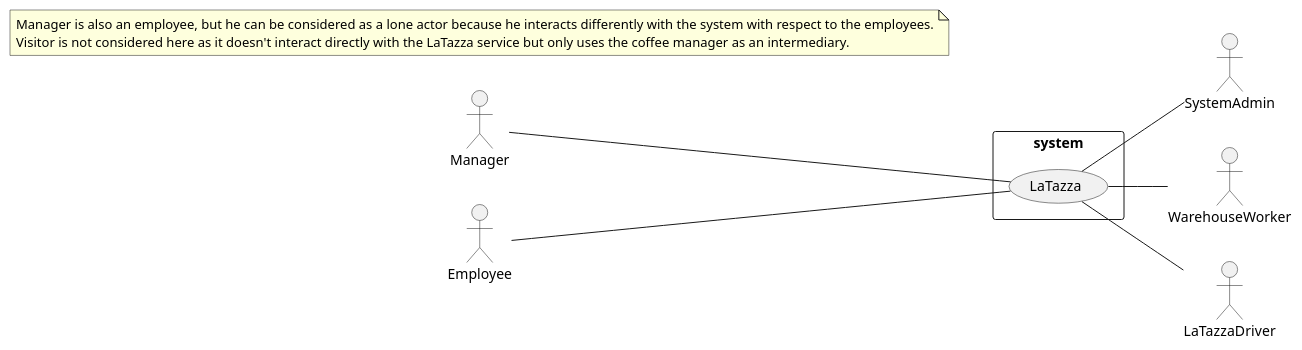
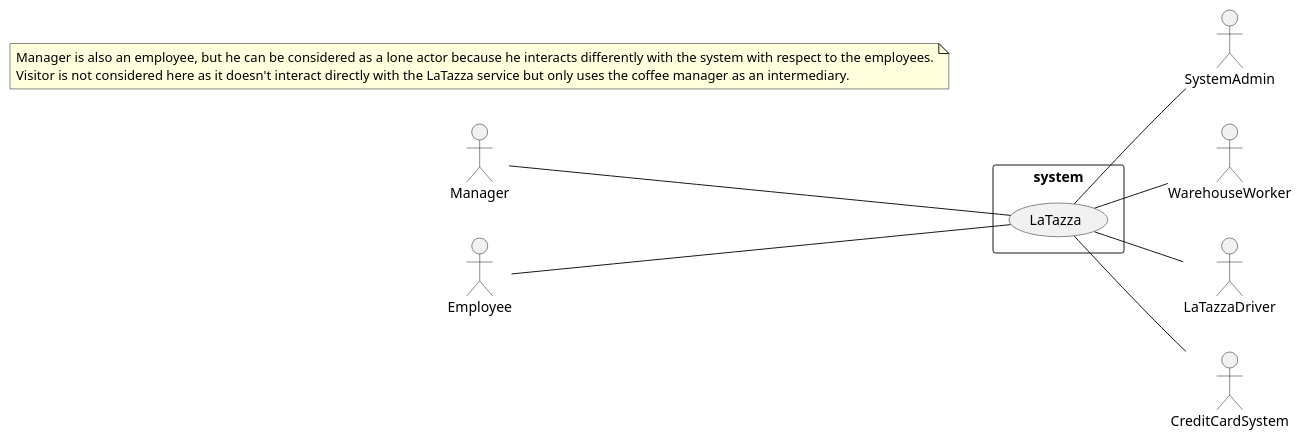
Before and after one commit to salvatore-dimartino/LaTazza: the first of 4 diagrams in templates/RequirementsTemplate.md, drawn with PlantUML. The commit also changed other lines of this file, not shown here.

````diff
--- a/templates/RequirementsTemplate.md
+++ b/templates/RequirementsTemplate.md
@@ -42,29 +43,31 @@
 ```plantuml
 @startuml
 
 left to right direction
 
 skinparam packageStyle rectangle
 
 actor Manager as m
 actor Employee as e
 actor SystemAdmin as sa
 actor WarehouseWorker as ww
 actor LaTazzaDriver as ld
+actor CreditCardSystem as cc
 
 rectangle system {
 
 	(LaTazza) as l
 
 }
 
 l -- ld
 l -- ww
 m -- l
 e -- l
 l -- sa
+l -- cc
 
 note "Manager is also an employee, but he can be considered as a lone actor because he interacts differently with the system with respect to the employees.\nVisitor is not considered here as it doesn't interact directly with the LaTazza service but only uses the coffee manager as an intermediary." as n
 
 @enduml
 ```
````
